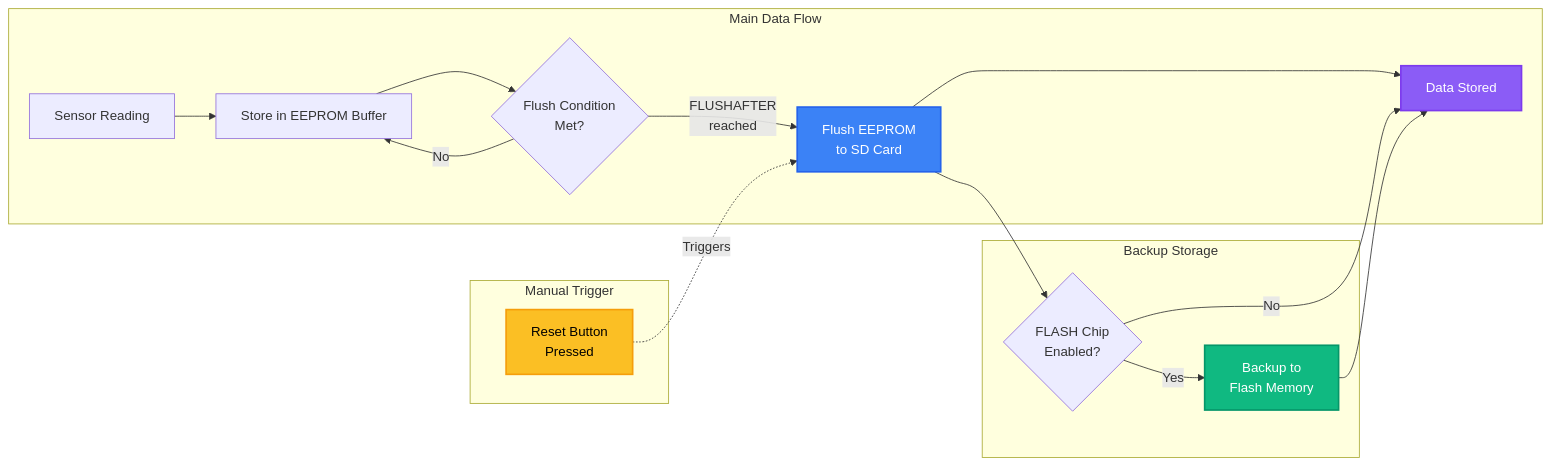
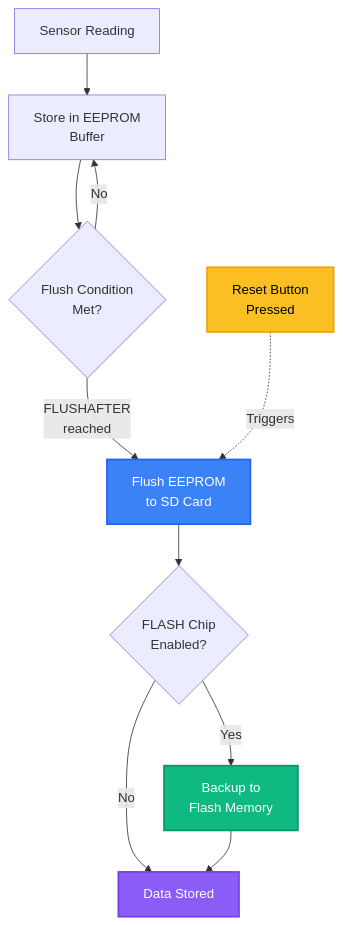
Before and after one commit to ICHydro/Riverlabs: the diagram in docs/user-manual/hardware/data-handling.md, drawn with Mermaid.

Commit message:
Change data handling flowchart to top-down layout

````diff
--- a/docs/user-manual/hardware/data-handling.md
+++ b/docs/user-manual/hardware/data-handling.md
@@ -19,30 +19,26 @@
 ```mermaid
-flowchart LR
-    subgraph left [Manual Trigger]
-        RST[Reset Button<br/>Pressed]
-    end
+flowchart TD
+    RST[Reset Button<br/>Pressed]
+    A[Sensor Reading]
+    B[Store in EEPROM<br/>Buffer]
+    C{Flush Condition<br/>Met?}
+    D[Flush EEPROM<br/>to SD Card]
+    E{FLASH Chip<br/>Enabled?}
+    F[Backup to<br/>Flash Memory]
+    G[Data Stored]
     
-    subgraph center [Main Data Flow]
-        A[Sensor Reading] --> B[Store in EEPROM Buffer]
-        B --> C{Flush Condition<br/>Met?}
-        C -->|FLUSHAFTER<br/>reached| D[Flush EEPROM<br/>to SD Card]
-        C -->|No| B
-        D --> G[Data Stored]
-    end
-    
-    subgraph right [Backup Storage]
-        E{FLASH Chip<br/>Enabled?}
-        F[Backup to<br/>Flash Memory]
-    end
-    
+    A --> B
+    B --> C
+    C -->|FLUSHAFTER<br/>reached| D
+    C -->|No| B
     RST -.->|Triggers| D
     D --> E
     E -->|Yes| F
     E -->|No| G
     F --> G
     
     style RST fill:#fbbf24,stroke:#f59e0b,stroke-width:2px,color:#000
     style D fill:#3b82f6,stroke:#2563eb,stroke-width:2px,color:#fff
     style F fill:#10b981,stroke:#059669,stroke-width:2px,color:#fff
     style G fill:#8b5cf6,stroke:#7c3aed,stroke-width:2px,color:#fff
 ```
````
